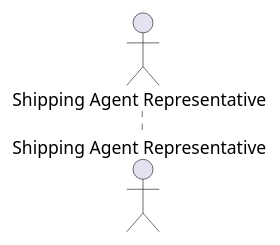
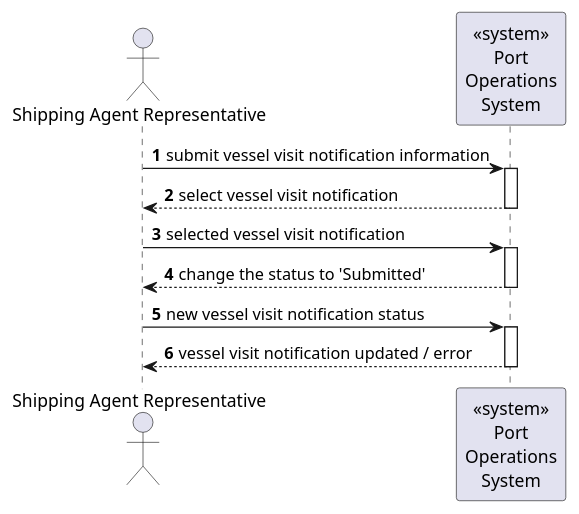
Before and after one commit to Departamento-de-Engenharia-Informatica/LEI-SEM5-PI-2025-26-3DK-04: the diagram in docs/sprint1/level1/process_view/1230762 - João Monteiro/US 2.2.8/SD_US2.2.8_SUBMIT.puml, drawn with PlantUML. The commit also changed 20 other files, not shown here.

```diff
--- a/docs/sprint1/level1/process_view/1230762 - João Monteiro/US 2.2.8/SD_US2.2.8_SUBMIT.puml
+++ b/docs/sprint1/level1/process_view/1230762 - João Monteiro/US 2.2.8/SD_US2.2.8_SUBMIT.puml
@@ -1,6 +1,21 @@
 @startuml SD_US2.2.8_UPDATE
 autonumber
 
 actor "Shipping Agent Representative" as Agent
+participant "<<system>>\nPort\nOperations\nSystem" as System
 
+Agent -> System : submit vessel visit notification information
+activate System
+System --> Agent : select vessel visit notification
+deactivate System
+
+Agent -> System : selected vessel visit notification
+activate System
+System --> Agent : change the status to 'Submitted'
+deactivate System
+
+Agent -> System : new vessel visit notification status
+activate System
+System --> Agent : vessel visit notification updated / error
+deactivate System
 @enduml
```
